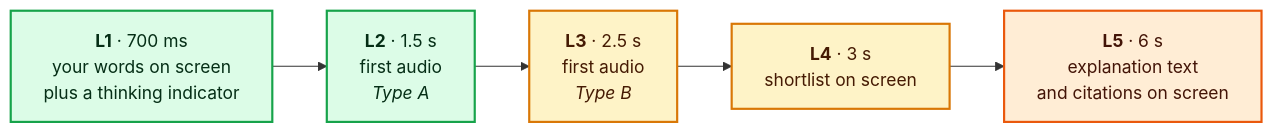
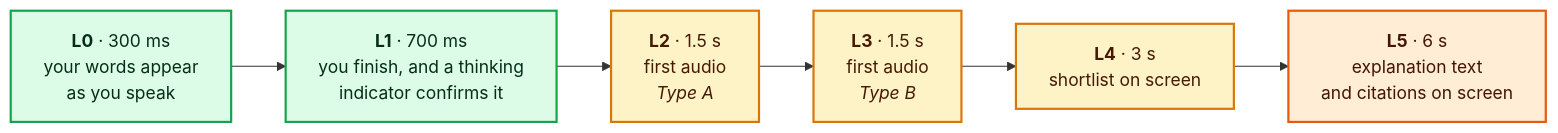
One commit to KarthikBattaram19/Capstone_Project_Next_Leap changed the fourth of 22 diagrams in Docs/Architecture.md. Above: the diagram before and after it, drawn with Mermaid. The commit also changed other lines of this file and 3 other files, not shown here.

````diff
--- a/Docs/Architecture.md
+++ b/Docs/Architecture.md
@@ -142,14 +142,15 @@
 ```mermaid
 flowchart LR
-    L1["<b>L1</b> · 700 ms<br/>your words on screen<br/>plus a thinking indicator"] --> L2["<b>L2</b> · 1.5 s<br/>first audio<br/><i>Type A</i>"]
-    L2 --> L3["<b>L3</b> · 2.5 s<br/>first audio<br/><i>Type B</i>"]
+    L0["<b>L0</b> · 300 ms<br/>your words appear<br/>as you speak"] --> L1["<b>L1</b> · 700 ms<br/>you finish, and a thinking<br/>indicator confirms it"]
+    L1 --> L2["<b>L2</b> · 1.5 s<br/>first audio<br/><i>Type A</i>"]
+    L2 --> L3["<b>L3</b> · 1.5 s<br/>first audio<br/><i>Type B</i>"]
     L3 --> L4["<b>L4</b> · 3 s<br/>shortlist on screen"]
     L4 --> L5["<b>L5</b> · 6 s<br/>explanation text<br/>and citations on screen"]
 
     classDef fast fill:#dcfce7,stroke:#16a34a,stroke-width:2px,color:#052e16
     classDef mid fill:#fef3c7,stroke:#d97706,stroke-width:2px,color:#451a03
     classDef slow fill:#ffedd5,stroke:#ea580c,stroke-width:2px,color:#431407
-    class L1,L2 fast
-    class L3,L4 mid
+    class L0,L1 fast
+    class L2,L3,L4 mid
     class L5 slow
 ```
````
